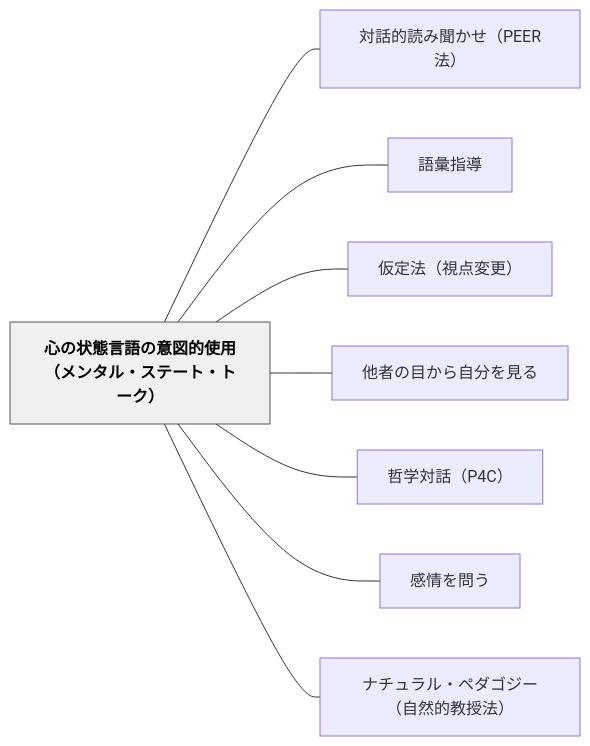
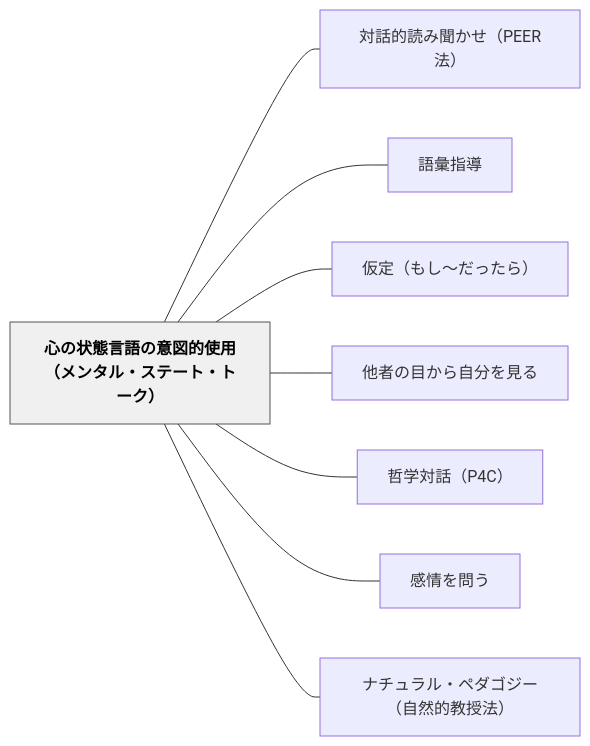
One commit to unknownthings-ed-patterns/unknownthings-ed-patterns changed the diagram in content/パタン/心の状態言語の意図的使用（メンタル・ステート・トーク）.md. Above: the diagram before and after it, drawn with Mermaid. The commit also changed other lines of this file and 16 other files, not shown here.

````diff
--- a/content/パタン/心の状態言語の意図的使用（メンタル・ステート・トーク）.md
+++ b/content/パタン/心の状態言語の意図的使用（メンタル・ステート・トーク）.md
@@ -127,22 +127,22 @@
 ```mermaid
 flowchart LR
     ne5bf83e381aee78ab6e6858be8a880e8aa9ee381aee6848fe59bb3e79a84e4bdbfe794a8efbc88e383a1e383b3e382bfe383abe383bbe382b9e38386e383bce38388e383bbe38388e383bce382afefbc89["心の状態言語の意図的使用（メンタル・ステート・トーク）"]
     ne5afbee8a9b1e79a84e8aaade381bfe8819ee3818be3819befbc8850454552e6b395efbc89["対話的読み聞かせ（PEER法）"]
     ne8aa9ee5bd99e68c87e5b08e["語彙指導"]
-    ne4bbaee5ae9ae6b395efbc88e8a696e782b9e5a489e69bb4efbc89["仮定法（視点変更）"]
+    ne4bbaee5ae9aefbc88e38282e38197e3809ce381a0e381a3e3819fe38289efbc89["仮定（もし〜だったら）"]
     ne4bb96e88085e381aee79baee3818be38289e887aae58886e38292e8a68be3828b["他者の目から自分を見る"]
     ne593b2e5ada6e5afbee8a9b1efbc88503443efbc89["哲学対話（P4C）"]
     ne6849fe68385e38292e5958fe38186["感情を問う"]
     ne3838ae38381e383a5e383a9e383abe383bbe3839ae38380e382b4e382b8e383bcefbc88e887aae784b6e79a84e69599e68e88e6b395efbc89["ナチュラル・ペダゴジー（自然的教授法）"]
 
     ne5bf83e381aee78ab6e6858be8a880e8aa9ee381aee6848fe59bb3e79a84e4bdbfe794a8efbc88e383a1e383b3e382bfe383abe383bbe382b9e38386e383bce38388e383bbe38388e383bce382afefbc89 --- ne5afbee8a9b1e79a84e8aaade381bfe8819ee3818be3819befbc8850454552e6b395efbc89
     ne5bf83e381aee78ab6e6858be8a880e8aa9ee381aee6848fe59bb3e79a84e4bdbfe794a8efbc88e383a1e383b3e382bfe383abe383bbe382b9e38386e383bce38388e383bbe38388e383bce382afefbc89 --- ne8aa9ee5bd99e68c87e5b08e
-    ne5bf83e381aee78ab6e6858be8a880e8aa9ee381aee6848fe59bb3e79a84e4bdbfe794a8efbc88e383a1e383b3e382bfe383abe383bbe382b9e38386e383bce38388e383bbe38388e383bce382afefbc89 --- ne4bbaee5ae9ae6b395efbc88e8a696e782b9e5a489e69bb4efbc89
+    ne5bf83e381aee78ab6e6858be8a880e8aa9ee381aee6848fe59bb3e79a84e4bdbfe794a8efbc88e383a1e383b3e382bfe383abe383bbe382b9e38386e383bce38388e383bbe38388e383bce382afefbc89 --- ne4bbaee5ae9aefbc88e38282e38197e3809ce381a0e381a3e3819fe38289efbc89
     ne5bf83e381aee78ab6e6858be8a880e8aa9ee381aee6848fe59bb3e79a84e4bdbfe794a8efbc88e383a1e383b3e382bfe383abe383bbe382b9e38386e383bce38388e383bbe38388e383bce382afefbc89 --- ne4bb96e88085e381aee79baee3818be38289e887aae58886e38292e8a68be3828b
     ne5bf83e381aee78ab6e6858be8a880e8aa9ee381aee6848fe59bb3e79a84e4bdbfe794a8efbc88e383a1e383b3e382bfe383abe383bbe382b9e38386e383bce38388e383bbe38388e383bce382afefbc89 --- ne593b2e5ada6e5afbee8a9b1efbc88503443efbc89
     ne5bf83e381aee78ab6e6858be8a880e8aa9ee381aee6848fe59bb3e79a84e4bdbfe794a8efbc88e383a1e383b3e382bfe383abe383bbe382b9e38386e383bce38388e383bbe38388e383bce382afefbc89 --- ne6849fe68385e38292e5958fe38186
     ne5bf83e381aee78ab6e6858be8a880e8aa9ee381aee6848fe59bb3e79a84e4bdbfe794a8efbc88e383a1e383b3e382bfe383abe383bbe382b9e38386e383bce38388e383bbe38388e383bce382afefbc89 --- ne3838ae38381e383a5e383a9e383abe383bbe3839ae38380e382b4e382b8e383bcefbc88e887aae784b6e79a84e69599e68e88e6b395efbc89
 
     classDef hub fill:#f0f0f0,stroke:#555,color:#000,font-weight:bold
     class ne5bf83e381aee78ab6e6858be8a880e8aa9ee381aee6848fe59bb3e79a84e4bdbfe794a8efbc88e383a1e383b3e382bfe383abe383bbe382b9e38386e383bce38388e383bbe38388e383bce382afefbc89 hub
 ```
````
